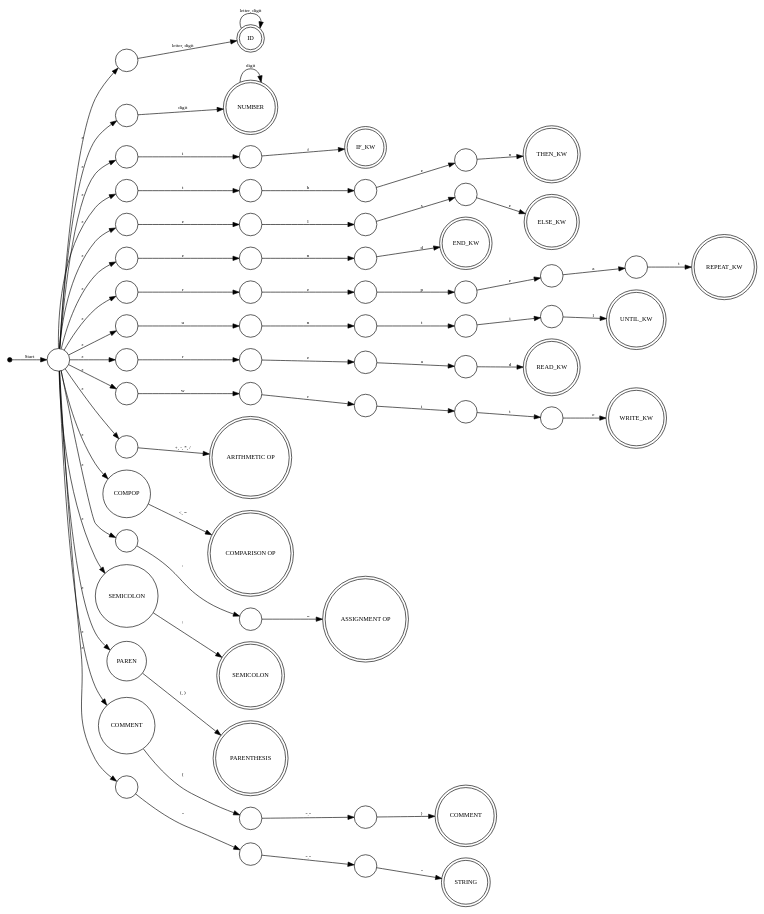
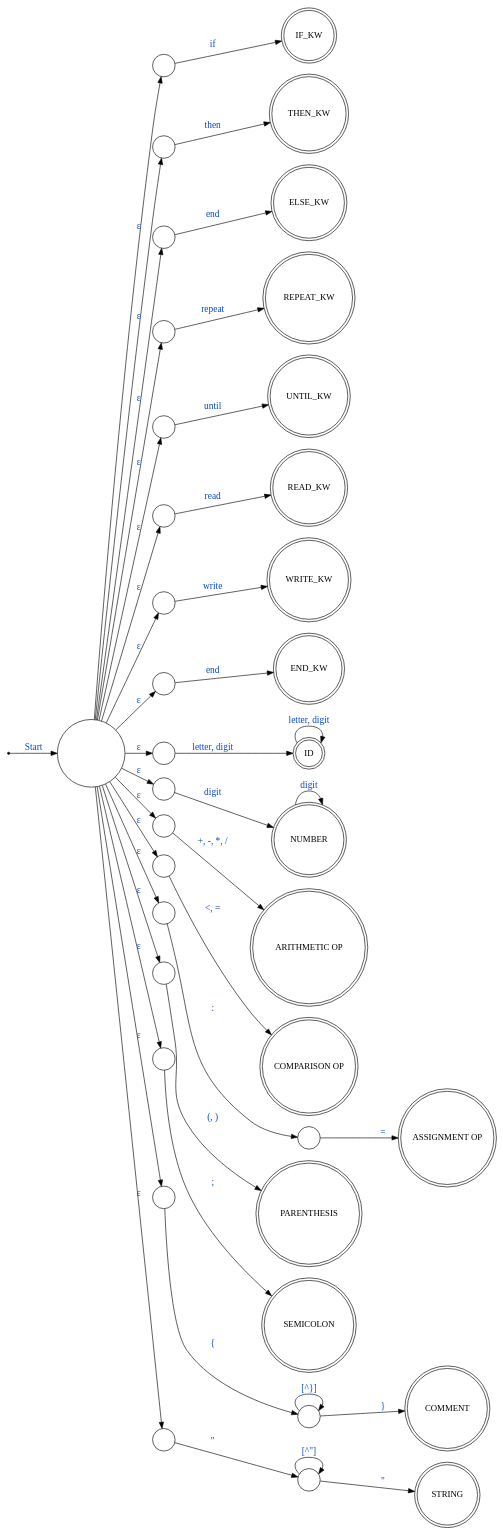
One commit to smoawad66/tiny-compiler changed the diagram in graphs/NFA.gv. Above: the diagram before and after it, drawn with Graphviz. The commit also changed 3 other files, not shown here.

```diff
--- a/graphs/NFA.gv
+++ b/graphs/NFA.gv
@@ -1,170 +1,107 @@
 digraph TinyNFA {
-  rankdir=LR;
-  node [shape=circle, fontsize=10];
-  edge [fontsize=8];
+    rankdir=LR;
+    node [shape=circle];
+    edge [fontsize=15, fontcolor="#0847cf"];
 
-  start [shape=point, width=0.1];
-  start -> S0 [label="Start"];
-  S0 [label=""];
+    S0 [shape=point];
 
-  //identifier
-  S0 -> ID1 [label="ε"];
-  ID1 [label=""];
-  ID1 -> IDF [label="letter, digit"];
-  IDF -> IDF [label="letter, digit"];
-  IDF [label="ID", shape=doublecircle];
+    //start state
+    start [label="", width=1.5, height=1.5];
+    S0 -> start [label="Start"];
 
-  //number
-  S0 -> NUM1 [label="ε"];
-  NUM1 [label=""];
-  NUM1 -> NUMF [label="digit"];
-  NUMF -> NUMF [label="digit"];
-  NUMF [label="NUMBER", shape=doublecircle];
-  
-  
-  
-  //if
-  S0 -> KW_if1 [label="ε"];
-  KW_if1 [label=""];
-  KW_if1 -> KW_if2 [label="i"];
-  KW_if2 [label=""];
-  KW_if2 -> KW_if3 [label="f"];
-  KW_if3 [label="IF_KW", shape=doublecircle];
+    //if
+    start -> KW_if1 [label="ε"]; KW_if1 [label=""];
 
-  //then
-  S0 -> KW_then1 [label="ε"];
-  KW_then1 [label=""];
-  KW_then1 -> KW_then2 [label="t"];
-  KW_then2 [label=""];
-  KW_then2 -> KW_then3 [label="h"];
-  KW_then3 [label=""];
-  KW_then3 -> KW_then4 [label="e"];
-  KW_then4 [label=""];
-  KW_then4 -> KW_then5 [label="n"];
-  KW_then5 [label="THEN_KW", shape=doublecircle];
+    KW_if1 -> KW_if2 [label="if"];
+    KW_if2 [label="IF_KW", shape=doublecircle];
 
-  //else
-  S0 -> KW_else1 [label="ε"];
-  KW_else1 [label=""];
-  KW_else1 -> KW_else2 [label="e"];
-  KW_else2 [label=""];
-  KW_else2 -> KW_else3 [label="l"];
-  KW_else3 [label=""];
-  KW_else3 -> KW_else4 [label="s"];
-  KW_else4 [label=""];
-  KW_else4 -> KW_else5 [label="e"];
-  KW_else5 [label="ELSE_KW", shape=doublecircle];
+    //then
+    start -> KW_then1 [label="ε"]; KW_then1 [label=""];
+    KW_then1 -> KW_then2 [label="then"];
+    KW_then2 [label="THEN_KW", shape=doublecircle];
 
-  //end
-  S0 -> KW_end1 [label="ε"];
-  KW_end1 [label=""];
-  KW_end1 -> KW_end2 [label="e"];
-  KW_end2 [label=""];
-  KW_end2 -> KW_end3 [label="n"];
-  KW_end3 [label=""];
-  KW_end3 -> KW_end4 [label="d"];
-  KW_end4 [label="END_KW", shape=doublecircle];
+    //else
+    start -> KW_else1 [label="ε"]; KW_else1 [label=""];
+    KW_else1 -> KW_else2 [label="end"];
+    KW_else2 [label="ELSE_KW", shape=doublecircle];
 
-  //repeat
-  S0 -> KW_repeat1 [label="ε"];
-  KW_repeat1 [label=""];
-  KW_repeat1 -> KW_repeat2 [label="r"];
-  KW_repeat2 [label=""];
-  KW_repeat2 -> KW_repeat3 [label="e"];
-  KW_repeat3 [label=""];
-  KW_repeat3 -> KW_repeat4 [label="p"];
-  KW_repeat4 [label=""];
-  KW_repeat4 -> KW_repeat5 [label="e"];
-  KW_repeat5 [label=""];
-  KW_repeat5 -> KW_repeat6 [label="a"];
-  KW_repeat6 [label=""];
-  KW_repeat6 -> KW_repeat7 [label="t"];
-  KW_repeat7 [label="REPEAT_KW", shape=doublecircle];
+    //repeat
+    start -> KW_repeat1 [label="ε"]; KW_repeat1 [label=""];
+    KW_repeat1 -> KW_repeat2 [label="repeat"];
+    KW_repeat2 [label="REPEAT_KW", shape=doublecircle];
 
-  //until
-  S0 -> KW_until1 [label="ε"];
-  KW_until1 [label=""];
-  KW_until1 -> KW_until2 [label="u"];
-  KW_until2 [label=""];
-  KW_until2 -> KW_until3 [label="n"];
-  KW_until3 [label=""];
-  KW_until3 -> KW_until4 [label="t"];
-  KW_until4 [label=""];
-  KW_until4 -> KW_until5 [label="i"];
-  KW_until5 [label=""];
-  KW_until5 -> KW_until6 [label="l"];
-  KW_until6 [label="UNTIL_KW", shape=doublecircle];
+    //until
+    start -> KW_until1 [label="ε"]; KW_until1 [label=""];
+    KW_until1 -> KW_until2 [label="until"];
+    KW_until2 [label="UNTIL_KW", shape=doublecircle];
 
-  //read
-  S0 -> KW_read1 [label="ε"];
-  KW_read1 [label=""];
-  KW_read1 -> KW_read2 [label="r"];
-  KW_read2 [label=""];
-  KW_read2 -> KW_read3 [label="e"];
-  KW_read3 [label=""];
-  KW_read3 -> KW_read4 [label="a"];
-  KW_read4 [label=""];
-  KW_read4 -> KW_read5 [label="d"];
-  KW_read5 [label="READ_KW", shape=doublecircle];
+    //read
+    start -> KW_read1 [label="ε"]; KW_read1 [label=""];
+    KW_read1 -> KW_read2 [label="read"];
+    KW_read2 [label="READ_KW", shape=doublecircle];
 
-  //write
-  S0 -> KW_write1 [label="ε"];
-  KW_write1 [label=""];
-  KW_write1 -> KW_write2 [label="w"];
-  KW_write2 [label=""];
-  KW_write2 -> KW_write3 [label="r"];
-  KW_write3 [label=""];
-  KW_write3 -> KW_write4 [label="i"];
-  KW_write4 [label=""];
-  KW_write4 -> KW_write5 [label="t"];
-  KW_write5 [label=""];
-  KW_write5 -> KW_write6 [label="e"];
-  KW_write6 [label="WRITE_KW", shape=doublecircle];
+    //write
+    start -> KW_write1 [label="ε"]; KW_write1 [label=""];
+    KW_write1 -> KW_write2 [label="write"];
+    KW_write2 [label="WRITE_KW", shape=doublecircle];
 
-  //arithmetic
-  ARITHOP [label=""]
-  S0 -> ARITHOP [label="ε"];
-  ARITHOP -> ARITHOPF [label="+, -, *, /"]
-  ARITHOPF [label="ARITHMETIC OP", shape=doublecircle];
+    //end
+    start -> KW_end1 [label="ε"]; KW_end1 [label=""];
+    KW_end1 -> KW_end2 [label="end"];
+    KW_end2 [label="END_KW", shape=doublecircle];
 
- //comparison
-  S0 -> COMPOP [label="ε"];
-  COMPOP -> COMPOPF [label="<, ="];
-  COMPOPF [label="COMPARISON OP", shape=doublecircle];
+    //identifier
+    start -> ID1 [label="ε"];
+    ID1 [label=""];
+    ID1 -> IDF [label="letter, digit"];
+    IDF -> IDF [label="letter, digit"];
+    IDF [label="ID", shape=doublecircle];
 
-  //:=
-  S0 -> ASSIGN1 [label="ε"];
-  ASSIGN1 [label=""];
-  ASSIGN1 -> ASSIGN2 [label=":"];
-  ASSIGN2 [label=""];
-  ASSIGN2 -> ASSIGNF [label="="];
-  ASSIGNF [label="ASSIGNMENT OP", shape=doublecircle];
+    //number
+    start -> NUM1 [label="ε"];
+    NUM1 [label=""];
+    NUM1 -> NUMF [label="digit"];
+    NUMF -> NUMF [label="digit"];
+    NUMF [label="NUMBER", shape=doublecircle];
 
-  //()
-  S0 -> SEMICOLON [label="ε"];
-  SEMICOLON -> SEMIF [label=";"];
-  SEMIF [label="SEMICOLON", shape=doublecircle];
+    //arithmetic
+    ARITHOP [label=""]
+    start -> ARITHOP [label="ε"];
+    ARITHOP -> ARITHOPF [label="+, -, *, /"]
+    ARITHOPF [label="ARITHMETIC OP", shape=doublecircle];
 
-  S0 -> PAREN [label="ε"];
-  PAREN -> PARENF [label="(, )"];
-  PARENF [label="PARENTHESIS", shape=doublecircle];
+    //comparison
+    start -> COMPOP [label="ε"]; COMPOP [label=""];
+    COMPOP -> COMPOPF [label="<, ="];
+    COMPOPF [label="COMPARISON OP", shape=doublecircle, width=1.5, height=1.5];
 
-  //comments
-  S0 -> COMMENT [label="ε"];
-  COMMENT -> COMMENT_BODY [label="{"];
-  COMMENT_BODY [label=""];
-  COMMENT_BODY -> COMMENT_END [label="\".\""];
-  COMMENT_END [label=""];
-  COMMENT_END -> COMMENTF [label="}"];
-  COMMENTF [label="COMMENT", shape=doublecircle];
+    //assignement
+    start -> ASSIGN1 [label="ε"];ASSIGN1 [label=""];
+    ASSIGN1 -> ASSIGN2 [label=":"];
+    ASSIGN2 -> ASSIGNF [label="="]; ASSIGN2 [label=""];
+    ASSIGNF [label="ASSIGNMENT OP", shape=doublecircle, width=1.5, height=1.5];
 
-  //strings
-  S0 -> STRING1 [label="ε"];
-  STRING1 [label=""];
-  STRING1 -> STRING2 [label="\""];
-  STRING2 [label=""];
-  STRING2 -> STRING3 [label="\".\""];
-  STRING3 [label=""];
-  STRING3 -> STRINGF [label="\""];
-  STRINGF [label="STRING", shape=doublecircle];
+    //parenthesis
+    start -> PAREN [label="ε"]; PAREN [label=""];
+    PAREN -> PARENF [label="(, )"];
+    PARENF [label="PARENTHESIS", shape=doublecircle];
+
+    // semicolon
+    start -> SEMICOLON [label="ε"]; SEMICOLON [label=""];
+    SEMICOLON -> SEMIF [label=";"];
+    SEMIF [label="SEMICOLON", shape=doublecircle];
+
+    //comments
+    start -> COMMENT [label="ε"]; COMMENT [label=""];
+    COMMENT -> COMMENT_BODY [label="{"];COMMENT_BODY [label=""];
+    COMMENT_BODY -> COMMENT_BODY [label="[^}]"];
+    COMMENT_BODY -> COMMENTF [label="}"];
+    COMMENTF [label="COMMENT", shape=doublecircle];
+
+    //strings
+    start -> STRING1 [label="ε"]; STRING1 [label=""];
+    STRING1 -> STRING2 [label="\""]; STRING2 [label=""];
+    STRING2 -> STRING2 [label="[^\"]"];
+    STRING2 -> STRINGF [label="\""];
+    STRINGF [label="STRING", shape=doublecircle];
 }
```
